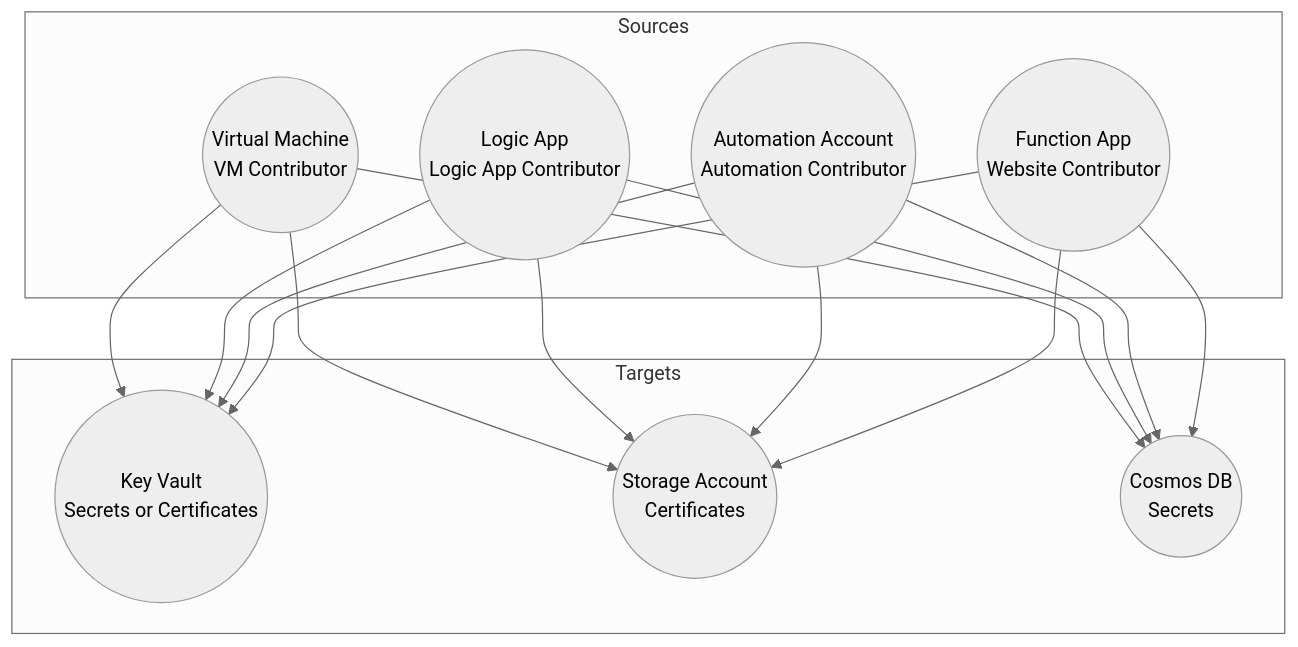
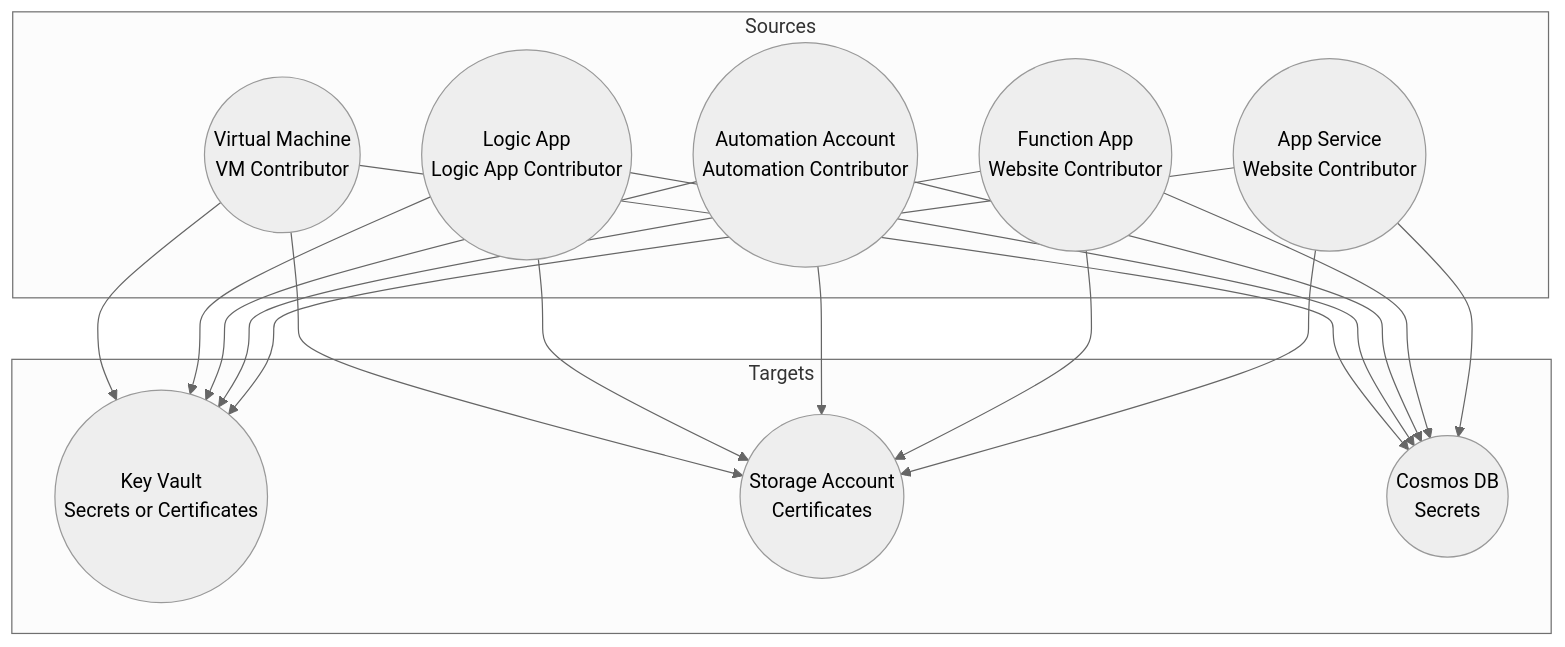
One commit to mvelazc0/BadZure changed the third of 11 diagrams in docs/attack-paths/managed-identity-abuse.md. Above: the diagram before and after it, drawn with Mermaid (neutral theme). The commit also changed other lines of this file and 23 other files, not shown here.

````diff
--- a/docs/attack-paths/managed-identity-abuse.md
+++ b/docs/attack-paths/managed-identity-abuse.md
@@ -44,28 +44,32 @@
 ``` mermaid
 graph TD
     subgraph Sources
         VM(("Virtual Machine<br/>VM Contributor"))
         LA(("Logic App<br/>Logic App Contributor"))
         AA(("Automation Account<br/>Automation Contributor"))
         FA(("Function App<br/>Website Contributor"))
+        AS(("App Service<br/>Website Contributor"))
     end
 
     subgraph Targets
         KV(("Key Vault<br/>Secrets or Certificates"))
         SA(("Storage Account<br/>Certificates"))
         CDB(("Cosmos DB<br/>Secrets"))
     end
 
     VM --> KV
     VM --> SA
     VM --> CDB
     LA --> KV
     LA --> SA
     LA --> CDB
     AA --> KV
     AA --> SA
     AA --> CDB
     FA --> KV
     FA --> SA
     FA --> CDB
+    AS --> KV
+    AS --> SA
+    AS --> CDB
 ```
````
